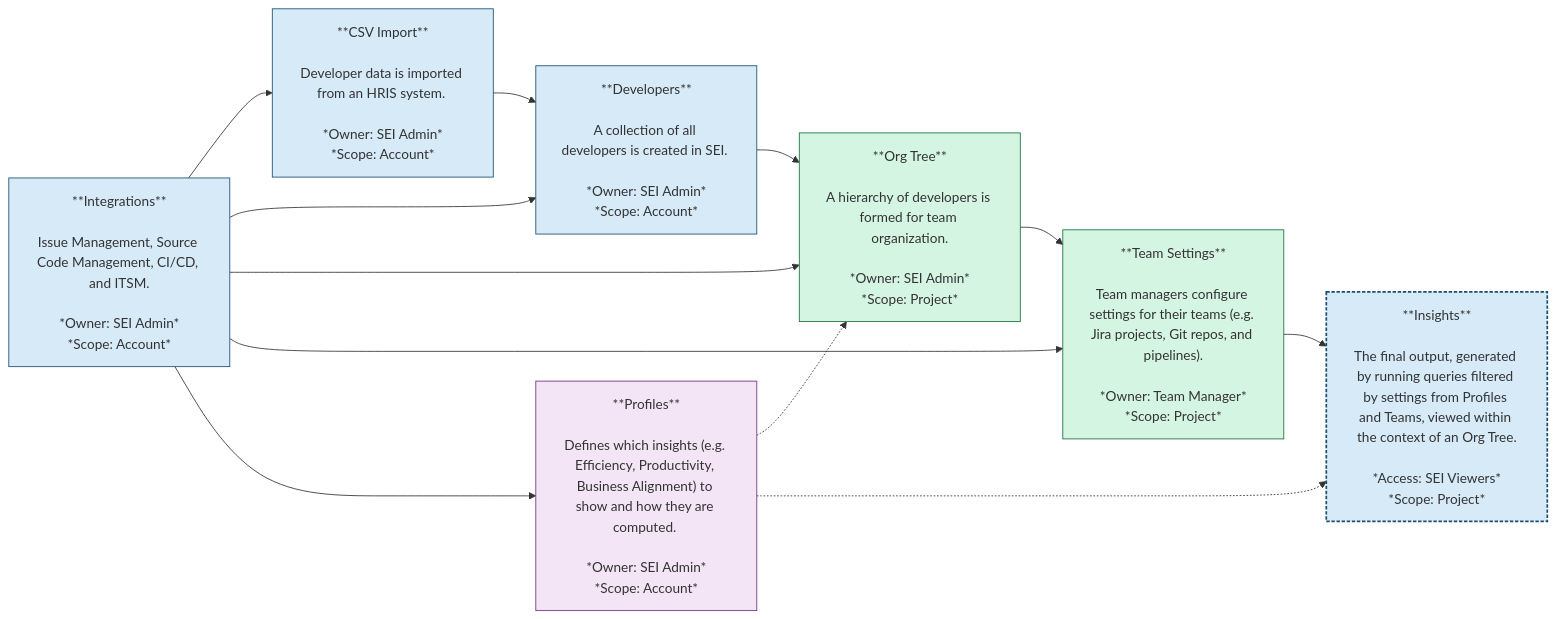
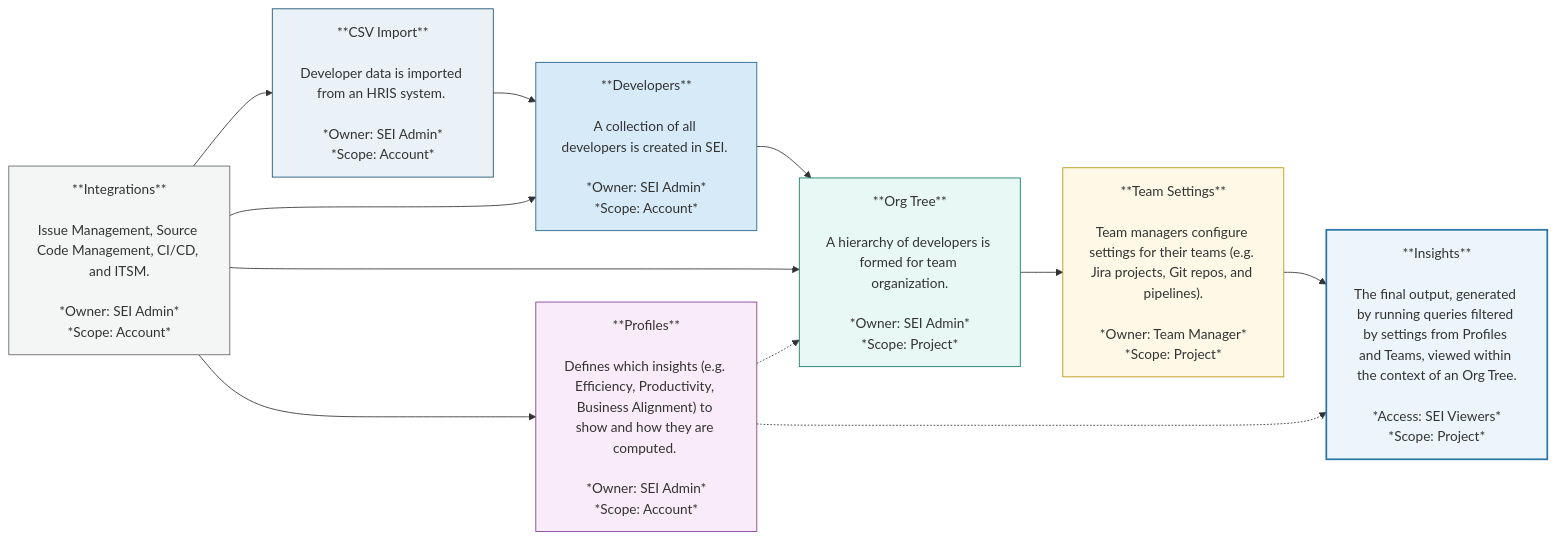
The diagram in docs/software-engineering-insights/harness-sei/get-started/sei-key-concepts.md (harness/developer-hub), drawn with Mermaid before and after one commit.

Commit message:
Remove Dotted Line Between Integrations/Teams + Colors

````diff
--- a/docs/software-engineering-insights/harness-sei/get-started/sei-key-concepts.md
+++ b/docs/software-engineering-insights/harness-sei/get-started/sei-key-concepts.md
@@ -34,27 +34,33 @@
 ```mermaid
 flowchart LR
     %% Left to Right Layout
     A["**CSV Import**<br><br>Developer data is imported from an HRIS system. <br><br>*Owner: SEI Admin*<br>*Scope: Account*"] --> B["**Developers**<br><br>A collection of all developers is created in SEI. <br><br>*Owner: SEI Admin*<br>*Scope: Account*"] --> C["**Org Tree**<br><br>A hierarchy of developers is formed for team organization.<br><br>*Owner: SEI Admin*<br>*Scope: Project*"] --> D["**Team Settings**<br><br>Team managers configure settings for their teams (e.g. Jira projects, Git repos, and pipelines).<br><br>*Owner: Team Manager*<br>*Scope: Project*"] --> E["**Insights**<br><br>The final output, generated by running queries filtered by settings from Profiles and Teams, viewed within the context of an Org Tree.<br><br>*Access: SEI Viewers*<br>*Scope: Project*"]
 
     %% Profiles below Org Tree
     F["**Profiles**<br><br>Defines which insights (e.g. Efficiency, Productivity, Business Alignment) to show and how they are computed. <br><br>*Owner: SEI Admin*<br>*Scope: Account*"] -.-> C
     F -.-> E
 
     %% Integrations at the bottom
     G["**Integrations**<br><br>Issue Management, Source Code Management, CI/CD, and ITSM.<br><br>*Owner: SEI Admin*<br>*Scope: Account*"] --> A
     G --> B
     G --> C
-    G --> D
     G --> F
 
-    %% Style
-    classDef account fill:#D6EAF8,stroke:#1B4F72,stroke-width:1px;
-    classDef project fill:#D5F5E3,stroke:#196F3D,stroke-width:1px;
-    classDef profiles fill:#F3E5F5,stroke:#6C3483,stroke-width:1px;
-    classDef insights fill:#D6EAF8,stroke:#1B4F72,stroke-width:2px,stroke-dasharray: 4 2;
+    %% Style Definitions (toned-down pastels)
+    classDef csvImport fill:#EAF2F8,stroke:#1B4F72,stroke-width:1px;    %% Muted blue
+    classDef developers fill:#D6EAF8,stroke:#21618C,stroke-width:1px;    %% Softer medium blue
+    classDef orgTree fill:#E8F8F5,stroke:#117864,stroke-width:1px;      %% Light teal
+    classDef teamSettings fill:#FEF9E7,stroke:#B7950B,stroke-width:1px; %% Soft muted yellow
+    classDef insights fill:#EBF5FB,stroke:#2874A6,stroke-width:2px,stroke-dasharray: 4 2; %% Very light blue, dashed
+    classDef profiles fill:#F9EBF7,stroke:#7D3C98,stroke-width:1px;     %% Soft lavender
+    classDef integrations fill:#F4F6F6,stroke:#626567,stroke-width:1px; %% Light neutral grey
 
-    class A,B,G account
-    class C,D project
+    %% Apply Styles
+    class A csvImport
+    class B developers
+    class C orgTree
+    class D teamSettings
+    class E insights
     class F profiles
-    class E insights
+    class G integrations
 ```
````
